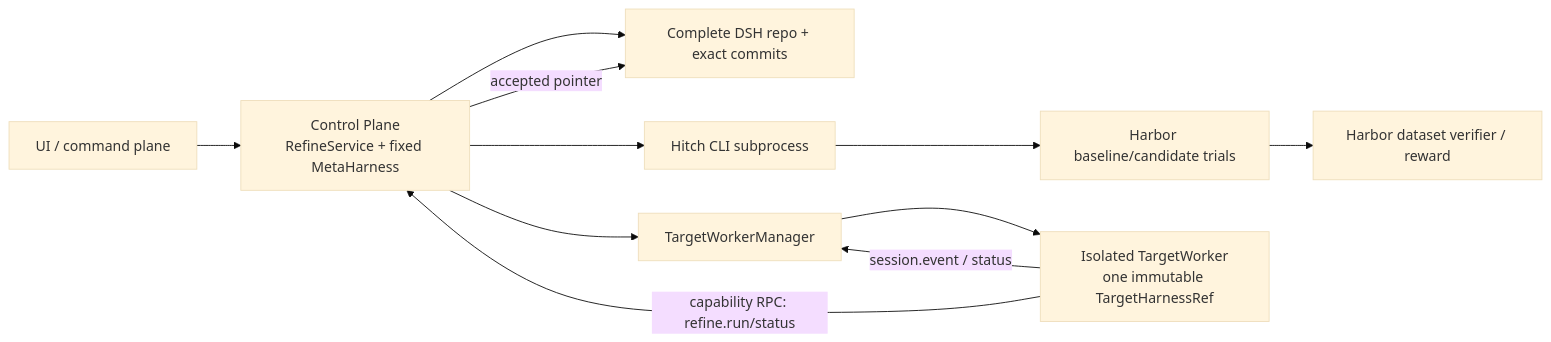
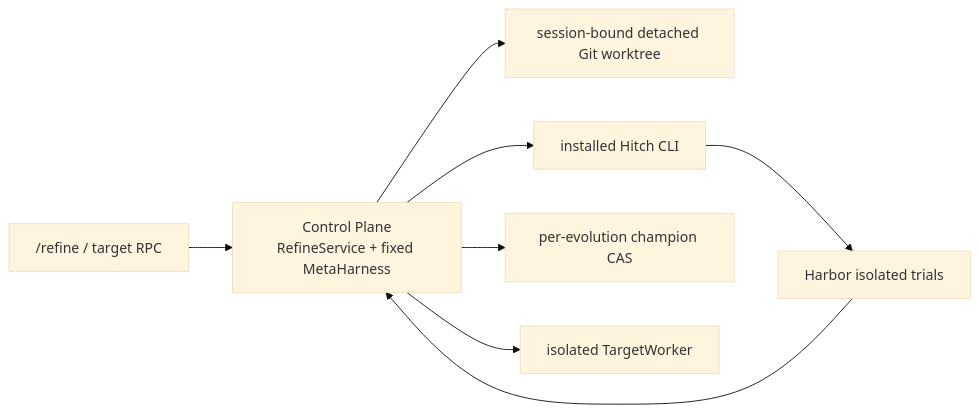
One commit to rsi-gear/gear changed the diagram in docs/dsh-self-evolving-harness-spec.md. Above: the diagram before and after it, drawn with Mermaid (base theme). The commit also changed other lines of this file and 41 other files, not shown here.

Commit message:
feat: support isolated multi-target refinement

````diff
--- a/docs/dsh-self-evolving-harness-spec.md
+++ b/docs/dsh-self-evolving-harness-spec.md
@@ -33,13 +28,10 @@
 ```mermaid
 flowchart LR
-    UI["UI / command plane"] --> CP["Control Plane\nRefineService + fixed MetaHarness"]
-    CP --> HM["Complete DSH repo + exact commits"]
-    CP --> HC["Hitch CLI subprocess"]
-    HC --> HB["Harbor baseline/candidate trials"]
-    HB --> VS["Harbor dataset verifier / reward"]
-    CP --> WM["TargetWorkerManager"]
-    WM --> TW["Isolated TargetWorker\none immutable TargetHarnessRef"]
-    TW -->|"session.event / status"| WM
-    TW -->|"capability RPC: refine.run/status"| CP
-    CP -->|"accepted pointer"| HM
+  CMD["/refine / target RPC"] --> CP["Control Plane\nRefineService + fixed MetaHarness"]
+  CP --> WT["session-bound detached Git worktree"]
+  CP --> HC["installed Hitch CLI"]
+  HC --> HB["Harbor isolated trials"]
+  HB --> CP
+  CP --> EC["per-evolution champion CAS"]
+  CP --> TW["isolated TargetWorker"]
 ```
````
